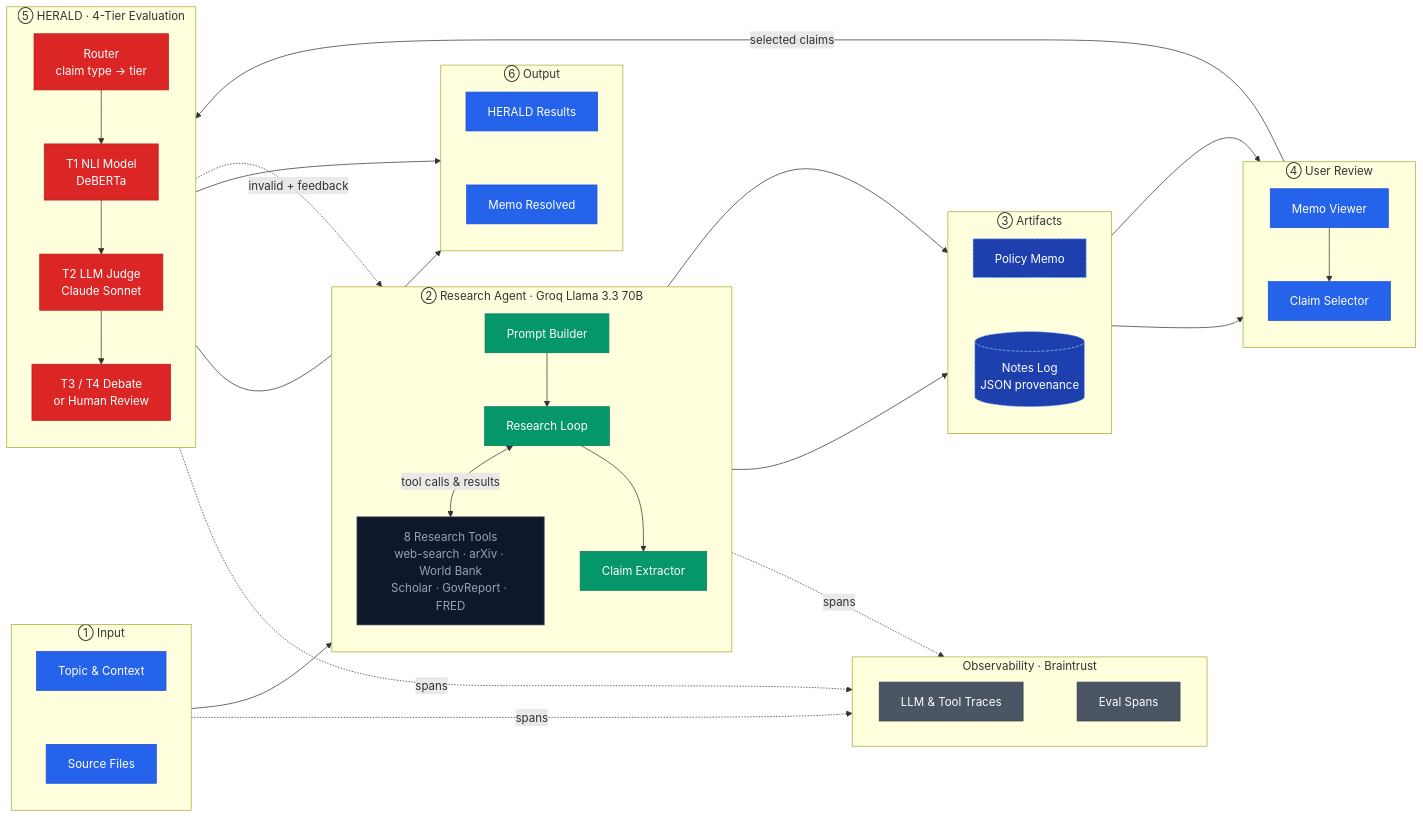
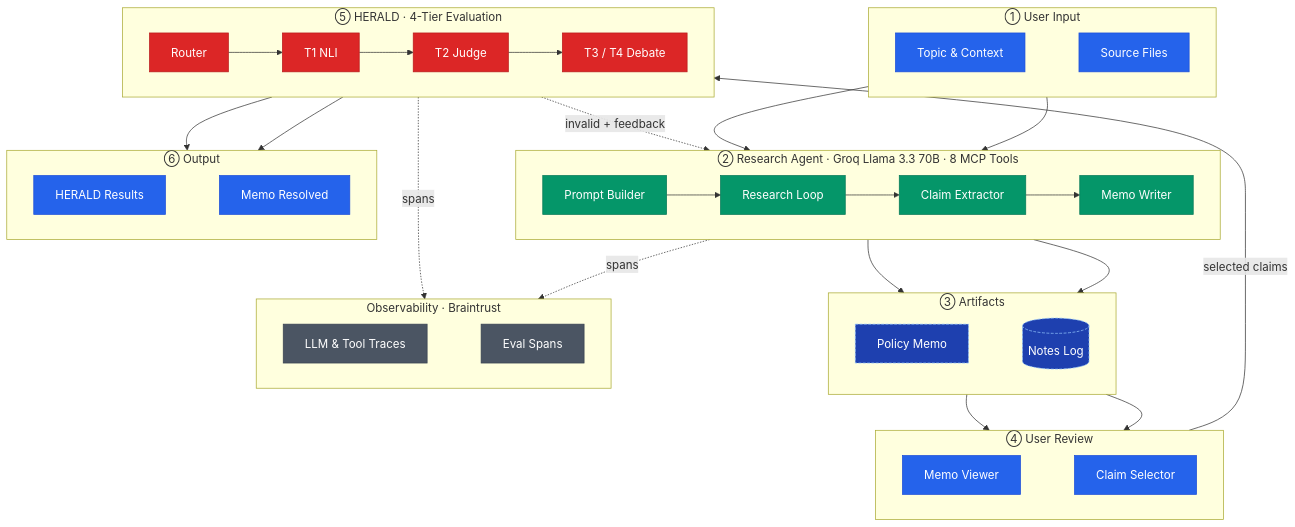
One commit to gu-dsan6725/spring-2026-final-project-team_02 changed the fourth of 8 diagrams in diagrams.md. Above: the diagram before and after it, drawn with Mermaid. The commit also changed other lines of this file, not shown here.

Commit message:
optimize diagram 2

````diff
--- a/diagrams.md
+++ b/diagrams.md
@@ -142,72 +142,52 @@
 ```mermaid
-flowchart LR
+flowchart TB
     classDef ui     fill:#2563eb,color:#fff,stroke:#1d4ed8
     classDef agent  fill:#059669,color:#fff,stroke:#047857
-    classDef tools  fill:#0f172a,color:#94a3b8,stroke:#334155
     classDef herald fill:#dc2626,color:#fff,stroke:#b91c1c
     classDef obs    fill:#4b5563,color:#fff,stroke:#374151
     classDef art    fill:#1e40af,color:#fff,stroke:#93c5fd,stroke-dasharray:4 2
 
-    subgraph S1["① Input"]
-        direction TB
-        N1["Topic & Context"]:::ui
-        N2["Source Files"]:::ui
-        N1 ~~~ N2
+    subgraph L1["① User Input"]
+        direction LR
+        N1["Topic & Context"]:::ui ~~~ N2["Source Files"]:::ui
     end
 
-    subgraph S2["② Research Agent  ·  Groq Llama 3.3 70B"]
-        direction TB
-        N3["Prompt Builder"]:::agent
-        N4["Research Loop"]:::agent
-        N5["8 Research Tools\nweb-search · arXiv · World Bank\nScholar · GovReport · FRED"]:::tools
-        N6["Claim Extractor"]:::agent
-        N3 --> N4
-        N4 <-->|"tool calls & results"| N5
-        N4 --> N6
+    subgraph L2["② Research Agent  ·  Groq Llama 3.3 70B  ·  8 MCP Tools"]
+        direction LR
+        N3["Prompt Builder"]:::agent --> N4["Research Loop"]:::agent --> N5["Claim Extractor"]:::agent --> N6["Memo Writer"]:::agent
     end
 
-    subgraph S3["③ Artifacts"]
-        direction TB
-        N7["Policy Memo"]:::art
-        N8[("Notes Log\nJSON provenance")]:::art
-        N7 ~~~ N8
+    subgraph L3["③ Artifacts"]
+        direction LR
+        N7["Policy Memo"]:::art ~~~ N8[("Notes Log")]:::art
     end
 
-    subgraph S4["④ User Review"]
-        direction TB
-        N9["Memo Viewer"]:::ui
-        N10["Claim Selector"]:::ui
-        N9 --> N10
+    subgraph L4["④ User Review"]
+        direction LR
+        N9["Memo Viewer"]:::ui ~~~ N10["Claim Selector"]:::ui
     end
 
-    subgraph S5["⑤ HERALD  ·  4-Tier Evaluation"]
-        direction TB
-        N11["Router\nclaim type → tier"]:::herald
-        N12["T1  NLI Model\nDeBERTa"]:::herald
-        N13["T2  LLM Judge\nClaude Sonnet"]:::herald
-        N14["T3 / T4  Debate\nor Human Review"]:::herald
-        N11 --> N12 --> N13 --> N14
+    subgraph L5["⑤ HERALD  ·  4-Tier Evaluation"]
+        direction LR
+        N11["Router"]:::herald --> N12["T1  NLI"]:::herald --> N13["T2  Judge"]:::herald --> N14["T3 / T4  Debate"]:::herald
     end
 
-    subgraph S6["⑥ Output"]
-        direction TB
-        N15["HERALD Results"]:::ui
-        N16["Memo Resolved"]:::ui
-        N15 ~~~ N16
+    subgraph L6["⑥ Output"]
+        direction LR
+        N15["HERALD Results"]:::ui ~~~ N16["Memo Resolved"]:::ui
     end
 
-    subgraph OBS["Observability  ·  Braintrust"]
+    subgraph L7["Observability  ·  Braintrust"]
         direction LR
-        OA["LLM & Tool Traces"]:::obs
-        OB["Eval Spans"]:::obs
-        OA ~~~ OB
+        N17["LLM & Tool Traces"]:::obs ~~~ N18["Eval Spans"]:::obs
     end
 
-    S1          --> N3
-    N6          --> N7 & N8
-    N7 & N8     --> N9
-    N10         -->|"selected claims"| N11
-    N14         --> N15 & N16
-    S5          -.->|"invalid + feedback"| N4
-    S1 & S2 & S5 -.->|"spans"| OA
+    N1 & N2 --> N3
+    N6      --> N7 & N8
+    N7 & N8 --> N9
+    N10     -->|"selected claims"| N11
+    N14     --> N15 & N16
+    N14     -.->|"invalid + feedback"| N4
+    L2      -.->|"spans"| N17
+    L5      -.->|"spans"| N18
 ```
````
